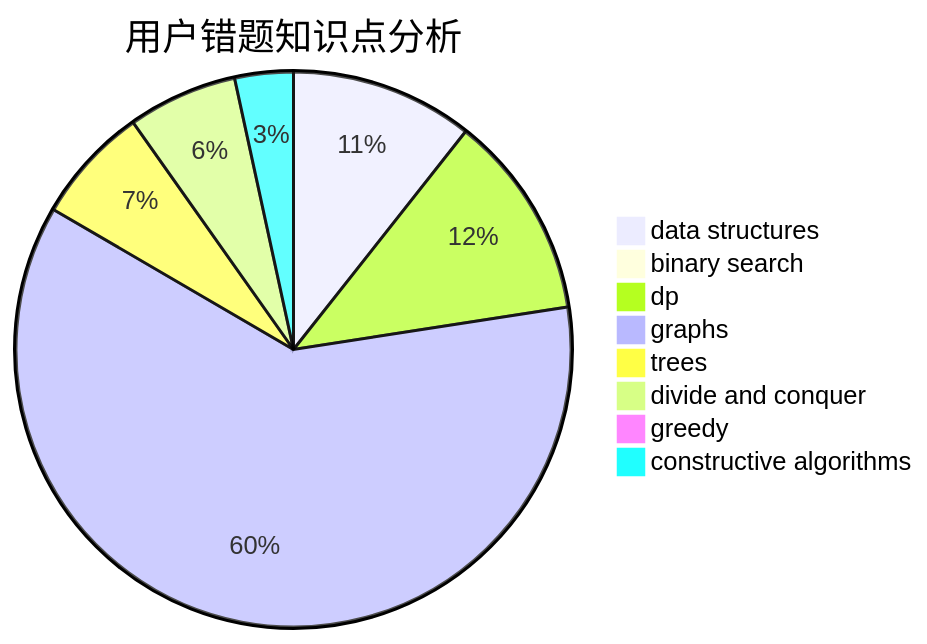
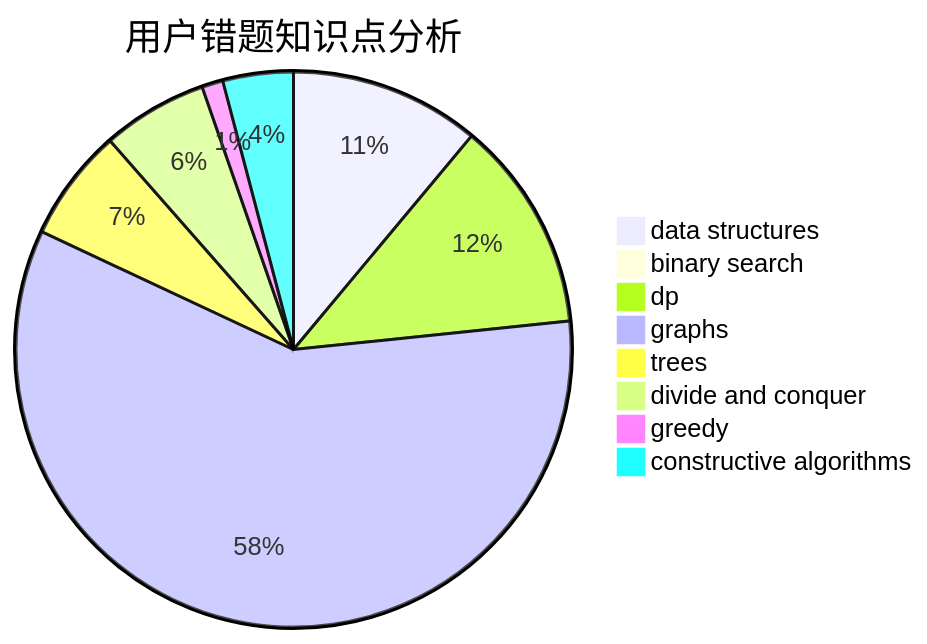
Before and after one commit to sherpahu/cfrs.github.io: the third of 3 diagrams in docs/user/u139.md, drawn with Mermaid. The commit also changed other lines of this file and 2770 other files, not shown here.

````diff
--- a/docs/user/u139.md
+++ b/docs/user/u139.md
@@ -36,11 +36,11 @@
 ```mermaid
 pie title 用户错题知识点分析
-    "data structures" :  25
+    "data structures" :  27
     "binary search" :  2
-    "dp" :  28
+    "dp" :  30
     "graphs" :  143
     "trees" :  16
     "divide and conquer" :  15
-    "greedy" :  1
-    "constructive algorithms" :  8
+    "greedy" :  3
+    "constructive algorithms" :  10
 ```
````
